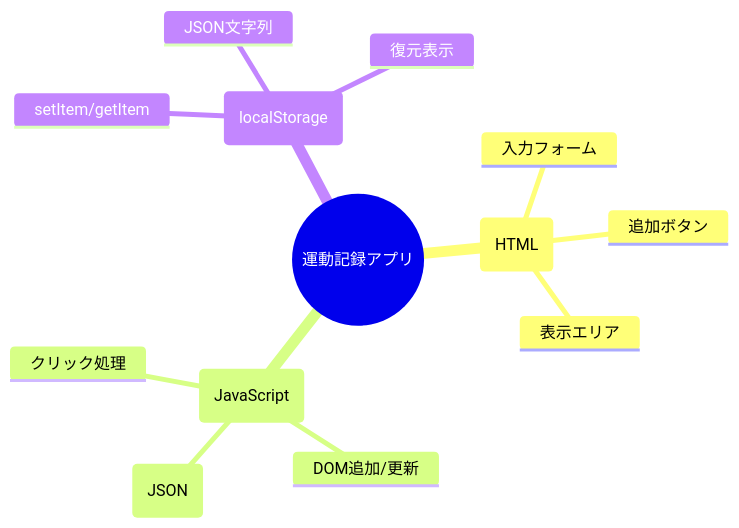
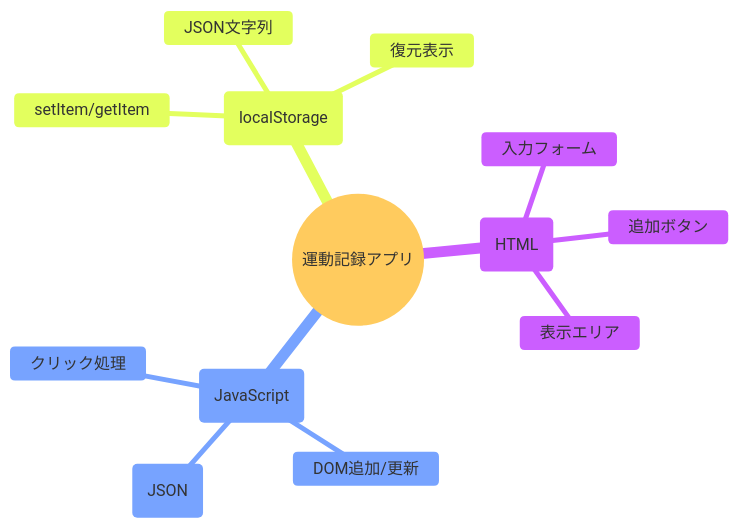
One commit to komiyamma/site_ichika_exercise_tracker changed the third of 3 diagrams in D01.md. Above: the diagram before and after it, drawn with Mermaid.

Commit message:
feat: Mermaid図のテーマをベースに変更し、ダークモード設定を削除

`````diff
--- a/D01.md
+++ b/D01.md
@@ -94,31 +94,17 @@
 ````mermaid
-
-%%{init: {
-  'theme': 'default',  // ベーステーマ（neutralやforestも可）
-  'themeVariables': {
-    'darkMode': true,  // ダークモードを明示的に有効化（GitHub自動検知と併用）
-    'primaryColor': '#ffffff',     // メイン要素の色（ダークで白に）
-    'primaryTextColor': '#000000', // テキスト色（ライトで黒、ダークで調整）
-    'primaryBorderColor': '#333333',
-    'lineColor': '#ffffff',        // 線を白くしてダークで目立つように
-    'secondaryColor': '#f9f9f9',
-    'tertiaryColor': '#e0e0e0',
-    'background': '#000000'        // 背景を黒に（GitHubダークに合わせる）
-  }
-}}%%
-
+%%{init: {'theme': 'base'}}%%
 mindmap
   root((運動記録アプリ))
     画面(HTML)
       入力フォーム
       追加ボタン
       表示エリア
     動き(JavaScript)
       クリック処理
       DOM追加/更新
       データ整形(JSON)
     保存(localStorage)
       setItem/getItem
       JSON文字列
       復元表示
 ````
`````
